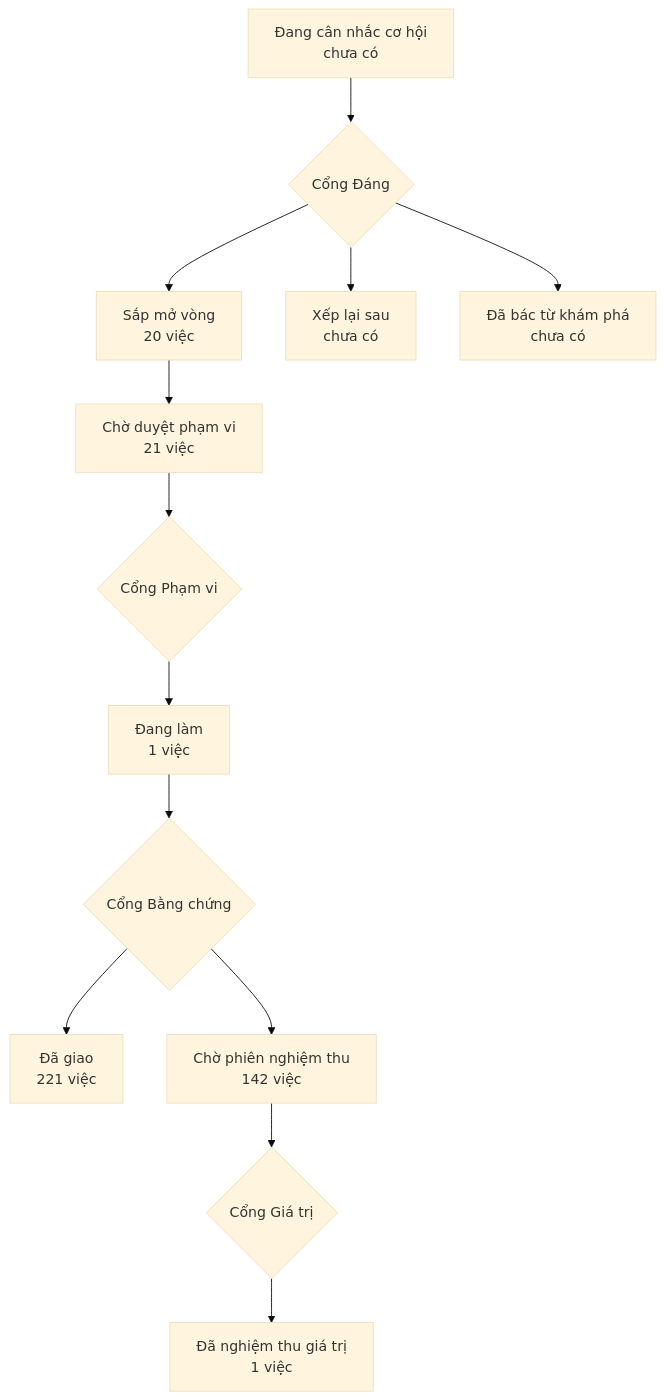
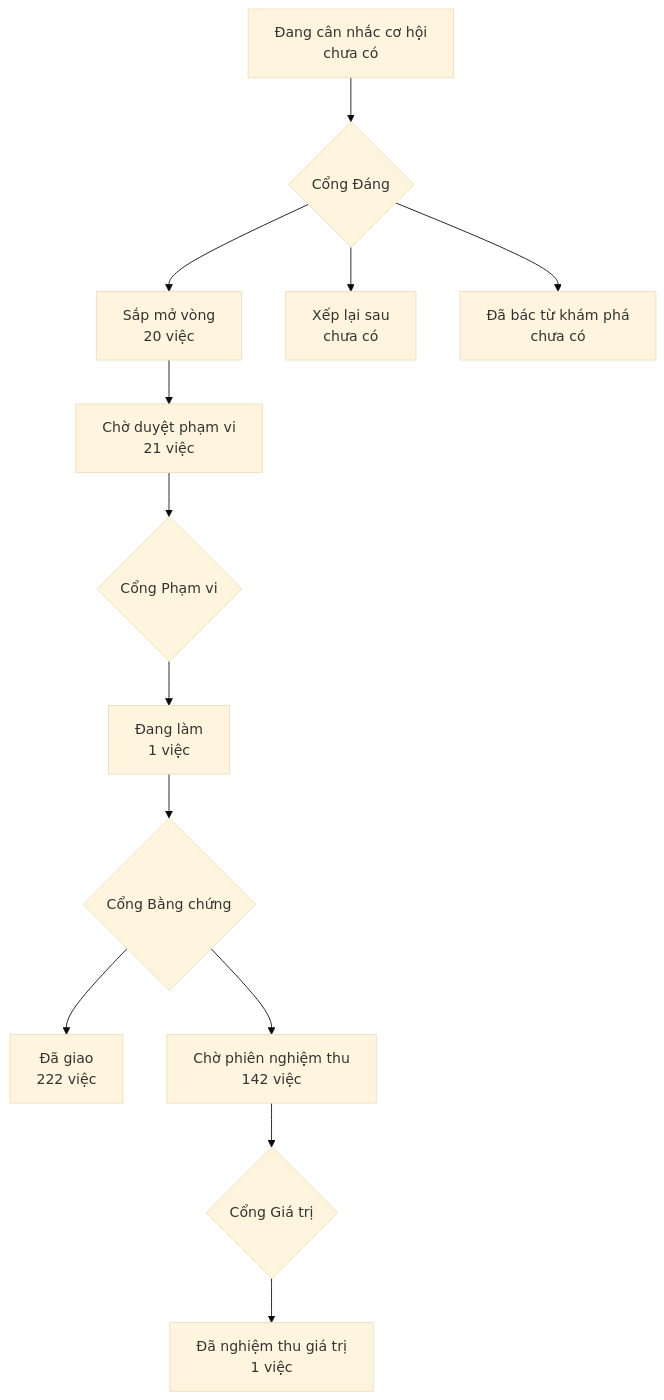
Before and after one commit to phanlemanh/onehub-invest: the diagram in PRODUCT-MAP.md, drawn with Mermaid (base theme). The commit also changed other lines of this file and 1 other file, not shown here.

Commit message:
chore(map): sinh lại PRODUCT-MAP, LO-TRINH sau khi gộp main

````diff
--- a/PRODUCT-MAP.md
+++ b/PRODUCT-MAP.md
@@ -7,12 +7,12 @@
 ```mermaid
 flowchart TD
   A["Đang cân nhắc cơ hội<br/>chưa có"] --> GD{"Cổng Đáng"}
   GD --> B["Sắp mở vòng<br/>20 việc"]
   GD --> XL["Xếp lại sau<br/>chưa có"]
   GD --> DB["Đã bác từ khám phá<br/>chưa có"]
   B --> CD["Chờ duyệt phạm vi<br/>21 việc"] --> GP{"Cổng Phạm vi"}
   GP --> DL["Đang làm<br/>1 việc"] --> GB{"Cổng Bằng chứng"}
-  GB --> DG["Đã giao<br/>221 việc"]
+  GB --> DG["Đã giao<br/>222 việc"]
   GB --> CN["Chờ phiên nghiệm thu<br/>142 việc"] --> GG{"Cổng Giá trị"}
   GG --> NT["Đã nghiệm thu giá trị<br/>1 việc"]
 ```
````
